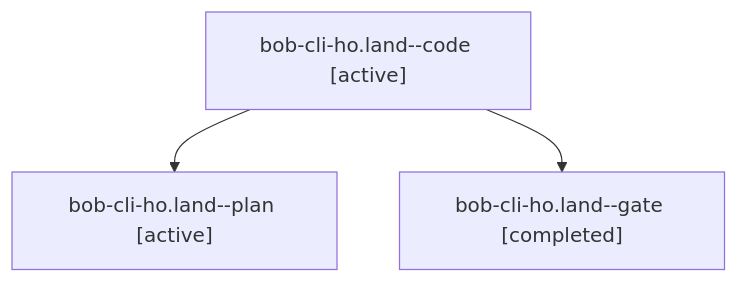
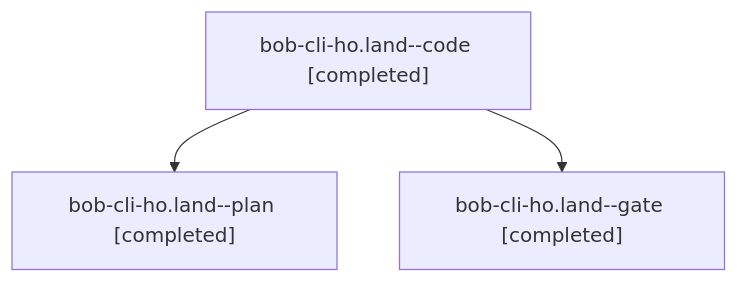
The diagram in sessions/bbugyi200.athena.bob-cli-ho.land.md (bobs-org/bob-cli--agents), drawn with Mermaid before and after one commit. The commit also changed other lines of this file and 18 other files, not shown here.

````diff
--- a/sessions/bbugyi200.athena.bob-cli-ho.land.md
+++ b/sessions/bbugyi200.athena.bob-cli-ho.land.md
@@ -9,8 +9,8 @@
 ```mermaid
 flowchart TD
-  n0["bob-cli-ho.land--code [active]"]
-  n1["bob-cli-ho.land--plan [active]"]
+  n0["bob-cli-ho.land--code [completed]"]
+  n1["bob-cli-ho.land--plan [completed]"]
   n0 --> n1
   n2["bob-cli-ho.land--gate [completed]"]
   n0 --> n2
 ```
````
